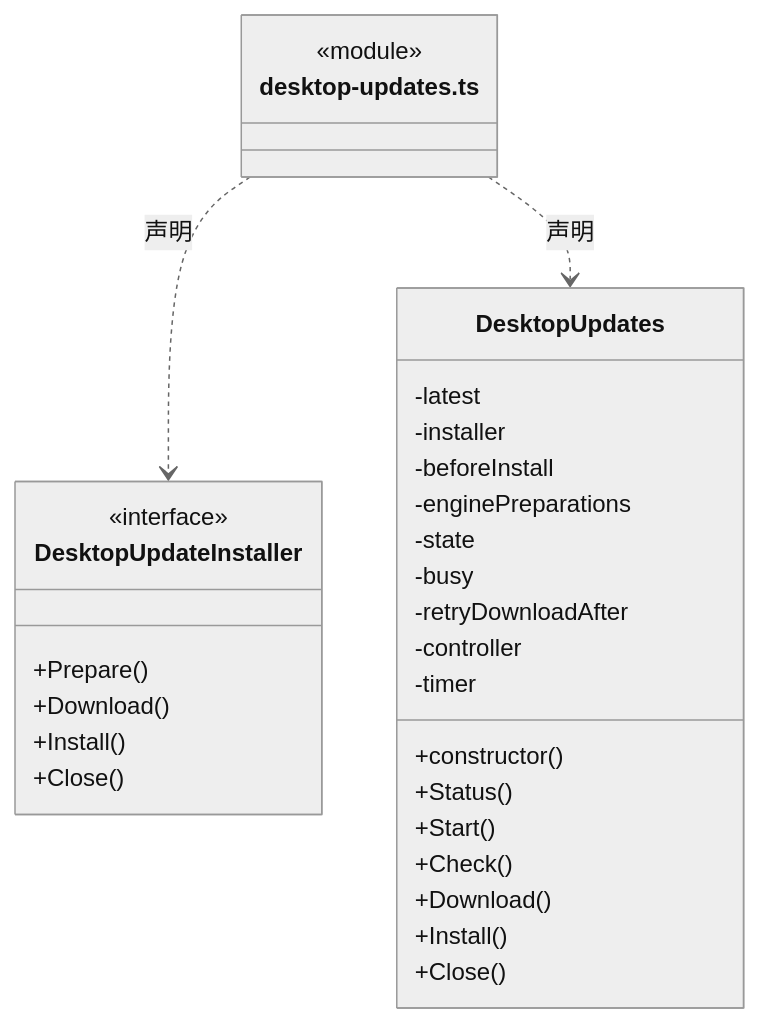
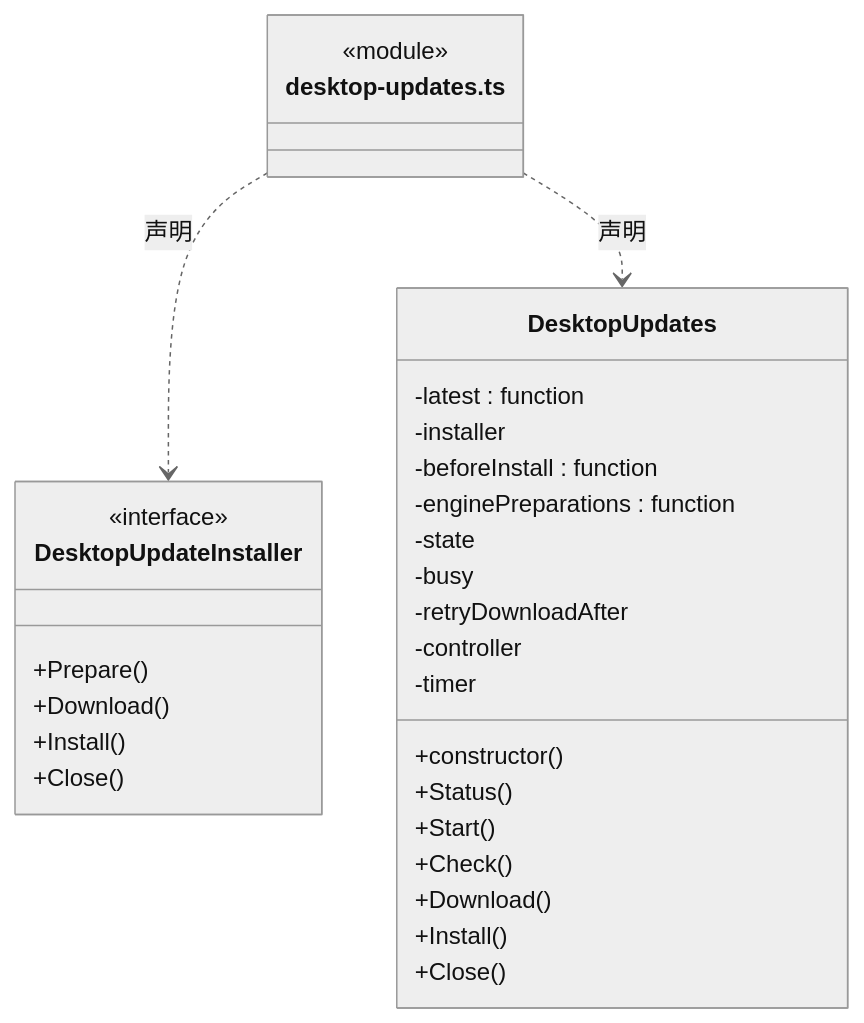
The second of 28 diagrams in src/logic/updates/service/ARCHITECTURE.md (nan023062/cbim), drawn with Mermaid (neutral theme) before and after one commit. The commit also changed other lines of this file and 137 other files, not shown here.

Commit message:
fix: align architecture generator with documentation standards

````diff
--- a/src/logic/updates/service/ARCHITECTURE.md
+++ b/src/logic/updates/service/ARCHITECTURE.md
@@ -163,33 +167,33 @@
 ```mermaid
 classDiagram
 class N_src_logic_updates_service_desktop_updates_ts["desktop-updates.ts"] {
   <<module>>
 }
 class N_src_logic_updates_service_desktop_updates_ts_DesktopUpdateInstaller["DesktopUpdateInstaller"] {
   <<interface>>
   +Prepare()
   +Download()
   +Install()
   +Close()
 }
 N_src_logic_updates_service_desktop_updates_ts ..> N_src_logic_updates_service_desktop_updates_ts_DesktopUpdateInstaller : 声明
 class N_src_logic_updates_service_desktop_updates_ts_DesktopUpdates["DesktopUpdates"] {
   +constructor()
   +Status()
   +Start()
   +Check()
   +Download()
   +Install()
   +Close()
-  -latest
+  -latest : function
   -installer
-  -beforeInstall
-  -enginePreparations
+  -beforeInstall : function
+  -enginePreparations : function
   -state
   -busy
   -retryDownloadAfter
   -controller
   -timer
 }
 N_src_logic_updates_service_desktop_updates_ts ..> N_src_logic_updates_service_desktop_updates_ts_DesktopUpdates : 声明
 ```
````
